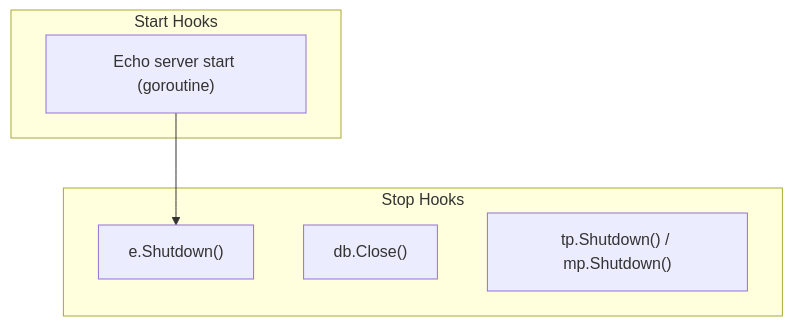
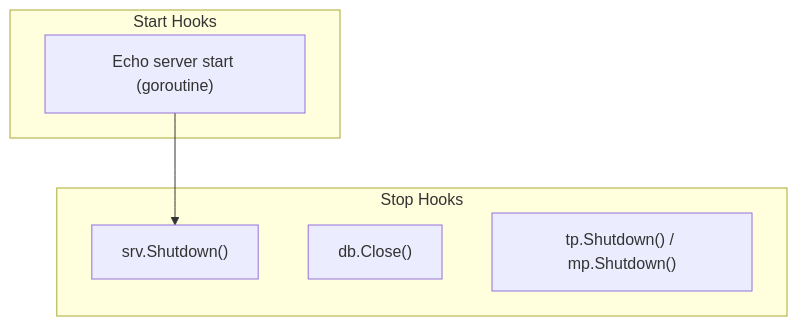
One commit to Tomy-ch/go-boilerplate changed the diagram in internal/di/server/hook/README.md. Above: the diagram before and after it, drawn with Mermaid. The commit also changed other lines of this file and 155 other files, not shown here.

````diff
--- a/internal/di/server/hook/README.md
+++ b/internal/di/server/hook/README.md
@@ -17,16 +17,16 @@
 ```mermaid
 flowchart TB
     subgraph "Start Hooks"
         HTTP["Echo server start (goroutine)"]
     end
 
     subgraph "Stop Hooks"
-        Shutdown["e.Shutdown()"]
+        Shutdown["srv.Shutdown()"]
         DBClose["db.Close()"]
         O11yShutdown["tp.Shutdown() / mp.Shutdown()"]
     end
 
     HTTP --> Shutdown
     DBClose
     O11yShutdown
 ```
````
